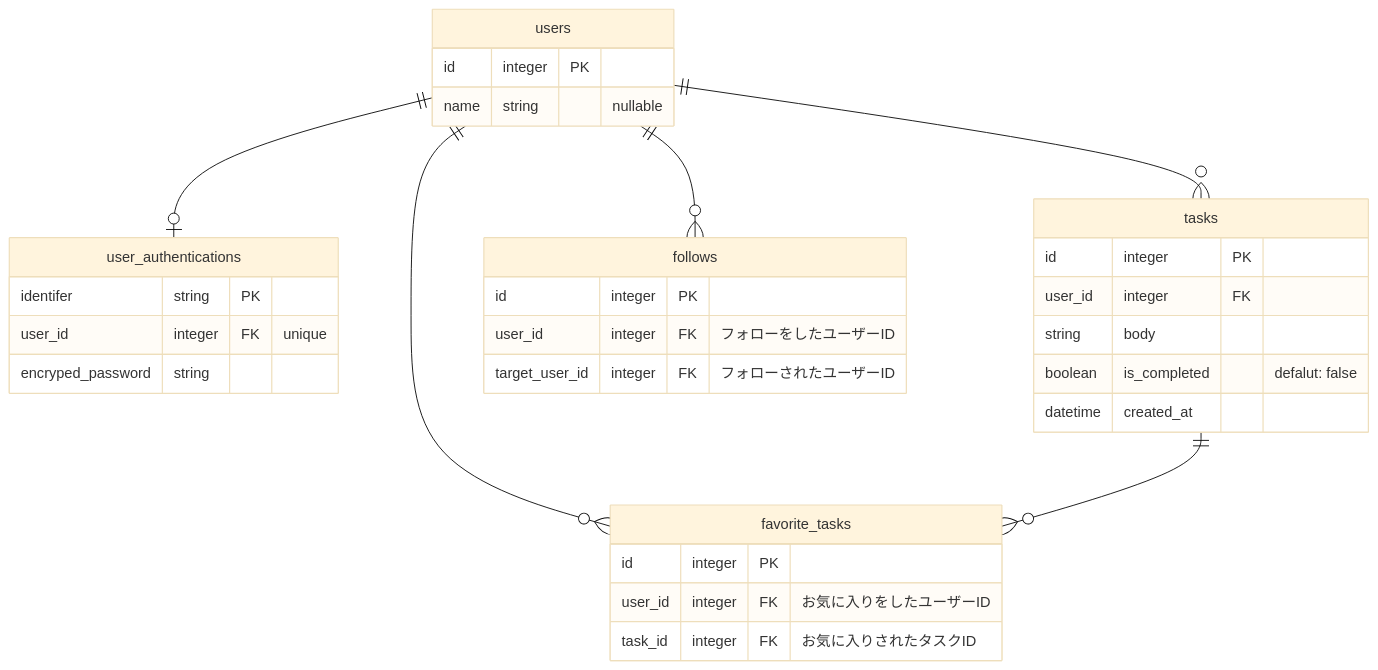
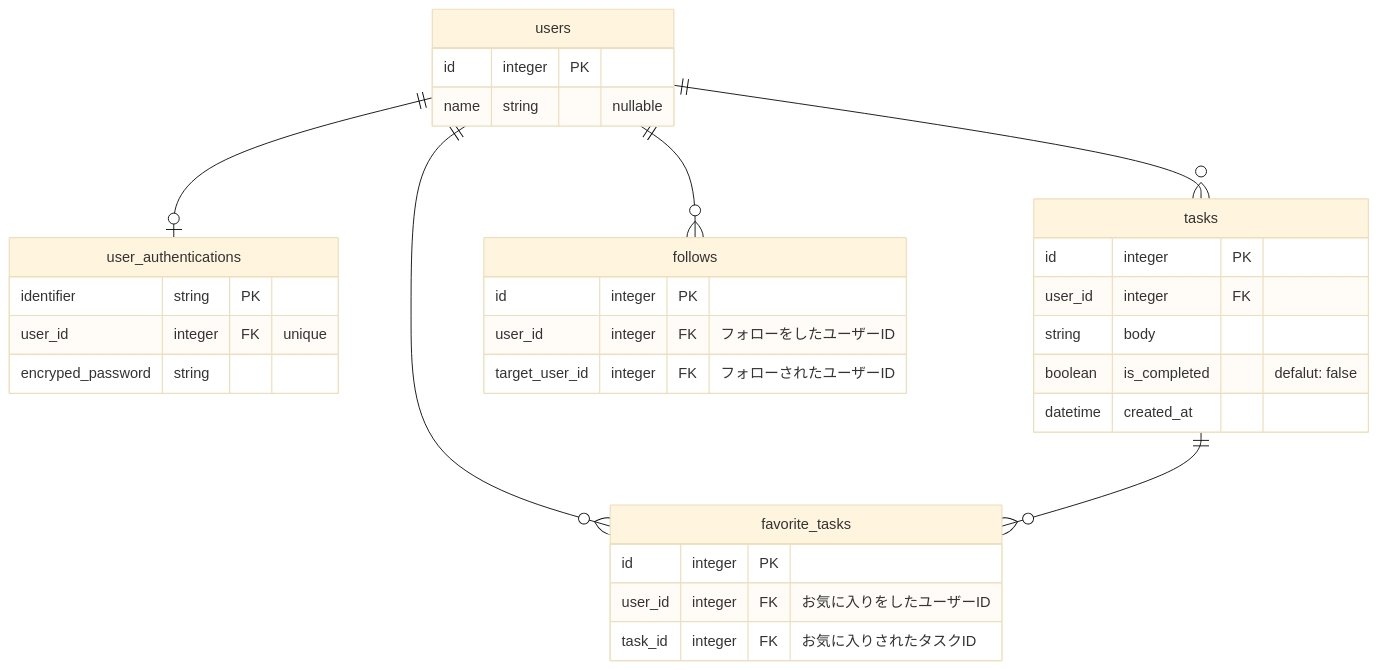
The diagram in README.md (matcher-inc/pre-joining-assignment-for-intern), drawn with Mermaid (base theme) before and after one commit.

Commit message:
chore: typo identifer → identifier

````diff
--- a/README.md
+++ b/README.md
@@ -94,40 +94,40 @@
 ```mermaid
 erDiagram
 
 users {
   id integer PK
   name string "nullable"
 }
 
 user_authentications {
-  identifer string PK
+  identifier string PK
   user_id integer FK "unique"
   encryped_password string
 }
 
 tasks {
   id integer PK
   user_id integer FK
   string body
   boolean is_completed "defalut: false"
   datetime created_at
 }
 
 follows {
   id integer PK
   user_id integer FK "フォローをしたユーザーID"
   target_user_id integer FK "フォローされたユーザーID"
 }
 
 favorite_tasks {
   id integer PK
   user_id integer FK "お気に入りをしたユーザーID"
   task_id integer FK "お気に入りされたタスクID"
 }
 
 users ||--o| user_authentications : ""
 users ||--o{ tasks : ""
 users ||--o{ follows : ""
 users ||--o{ favorite_tasks : ""
 tasks ||--o{ favorite_tasks : ""
 ```
````
